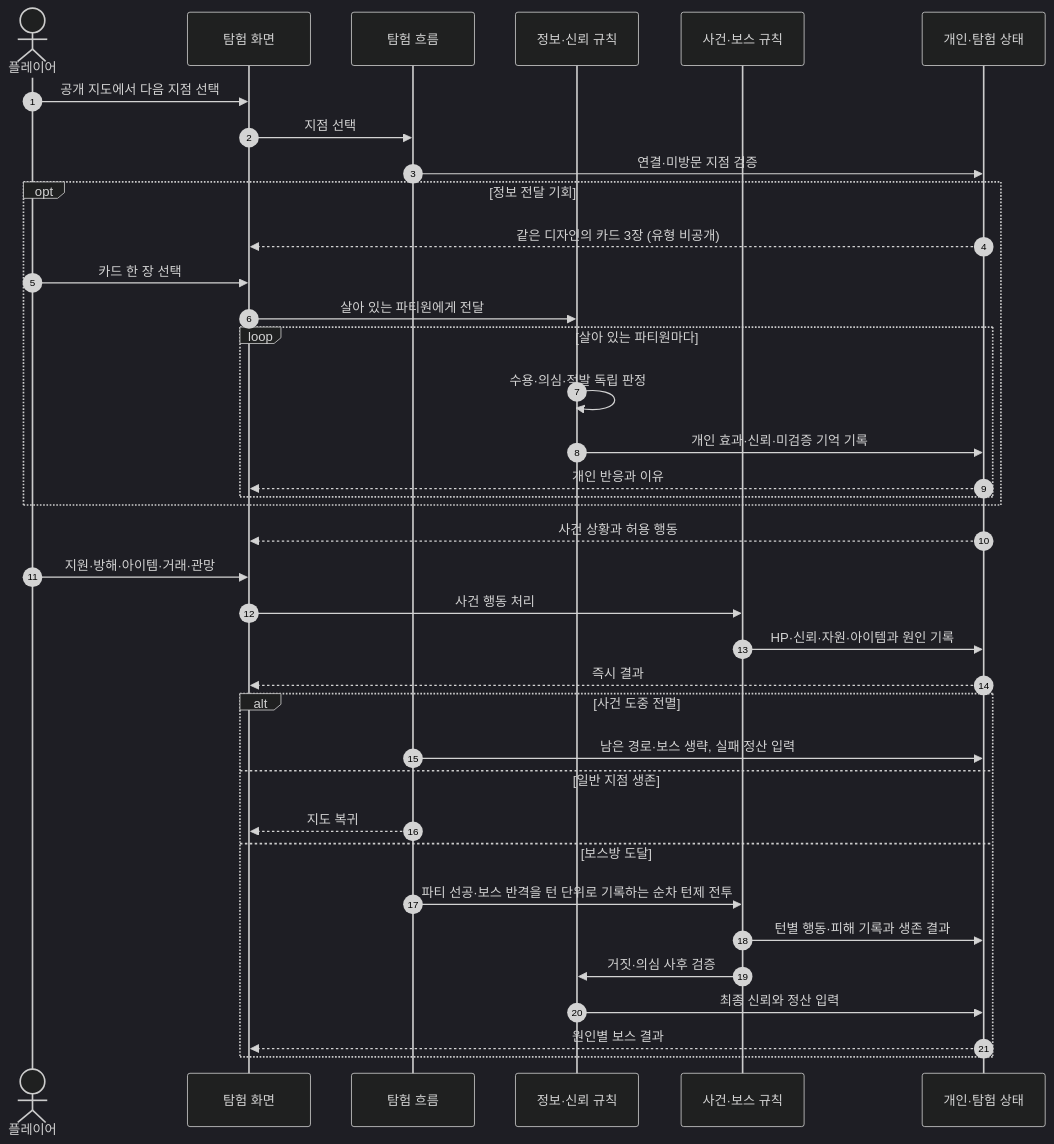
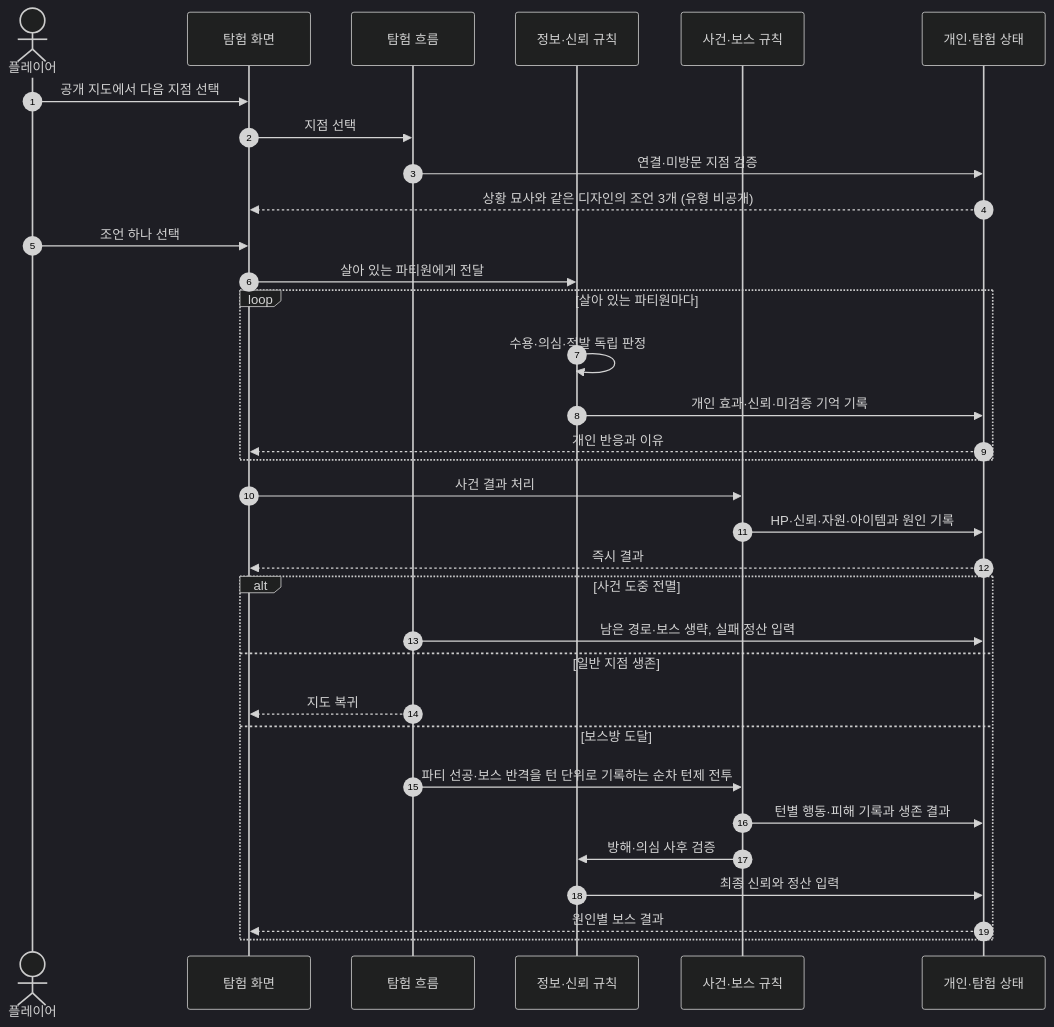
Before and after one commit to LatteBun/Dungeon_Schemer: the diagram in docs/diagram/expedition-sequence.md, drawn with Mermaid (dark theme). The commit also changed other lines of this file and 9 other files, not shown here.

````diff
--- a/docs/diagram/expedition-sequence.md
+++ b/docs/diagram/expedition-sequence.md
@@ -14,39 +14,35 @@
 ```mermaid
 sequenceDiagram
     autonumber
     actor Player as 플레이어
     participant UI as 탐험 화면
     participant Flow as 탐험 흐름
     participant Info as 정보·신뢰 규칙
     participant Event as 사건·보스 규칙
     participant State as 개인·탐험 상태
     Player->>UI: 공개 지도에서 다음 지점 선택
     UI->>Flow: 지점 선택
     Flow->>State: 연결·미방문 지점 검증
-    opt 정보 전달 기회
-        State-->>UI: 같은 디자인의 카드 3장 (유형 비공개)
-        Player->>UI: 카드 한 장 선택
-        UI->>Info: 살아 있는 파티원에게 전달
-        loop 살아 있는 파티원마다
-            Info->>Info: 수용·의심·적발 독립 판정
-            Info->>State: 개인 효과·신뢰·미검증 기억 기록
-            State-->>UI: 개인 반응과 이유
-        end
+    State-->>UI: 상황 묘사와 같은 디자인의 조언 3개 (유형 비공개)
+    Player->>UI: 조언 하나 선택
+    UI->>Info: 살아 있는 파티원에게 전달
+    loop 살아 있는 파티원마다
+        Info->>Info: 수용·의심·적발 독립 판정
+        Info->>State: 개인 효과·신뢰·미검증 기억 기록
+        State-->>UI: 개인 반응과 이유
     end
-    State-->>UI: 사건 상황과 허용 행동
-    Player->>UI: 지원·방해·아이템·거래·관망
-    UI->>Event: 사건 행동 처리
+    UI->>Event: 사건 결과 처리
     Event->>State: HP·신뢰·자원·아이템과 원인 기록
     State-->>UI: 즉시 결과
     alt 사건 도중 전멸
         Flow->>State: 남은 경로·보스 생략, 실패 정산 입력
     else 일반 지점 생존
         Flow-->>UI: 지도 복귀
     else 보스방 도달
         Flow->>Event: 파티 선공·보스 반격을 턴 단위로 기록하는 순차 턴제 전투
         Event->>State: 턴별 행동·피해 기록과 생존 결과
-        Event->>Info: 거짓·의심 사후 검증
+        Event->>Info: 방해·의심 사후 검증
         Info->>State: 최종 신뢰와 정산 입력
         State-->>UI: 원인별 보스 결과
     end
 ```
````
